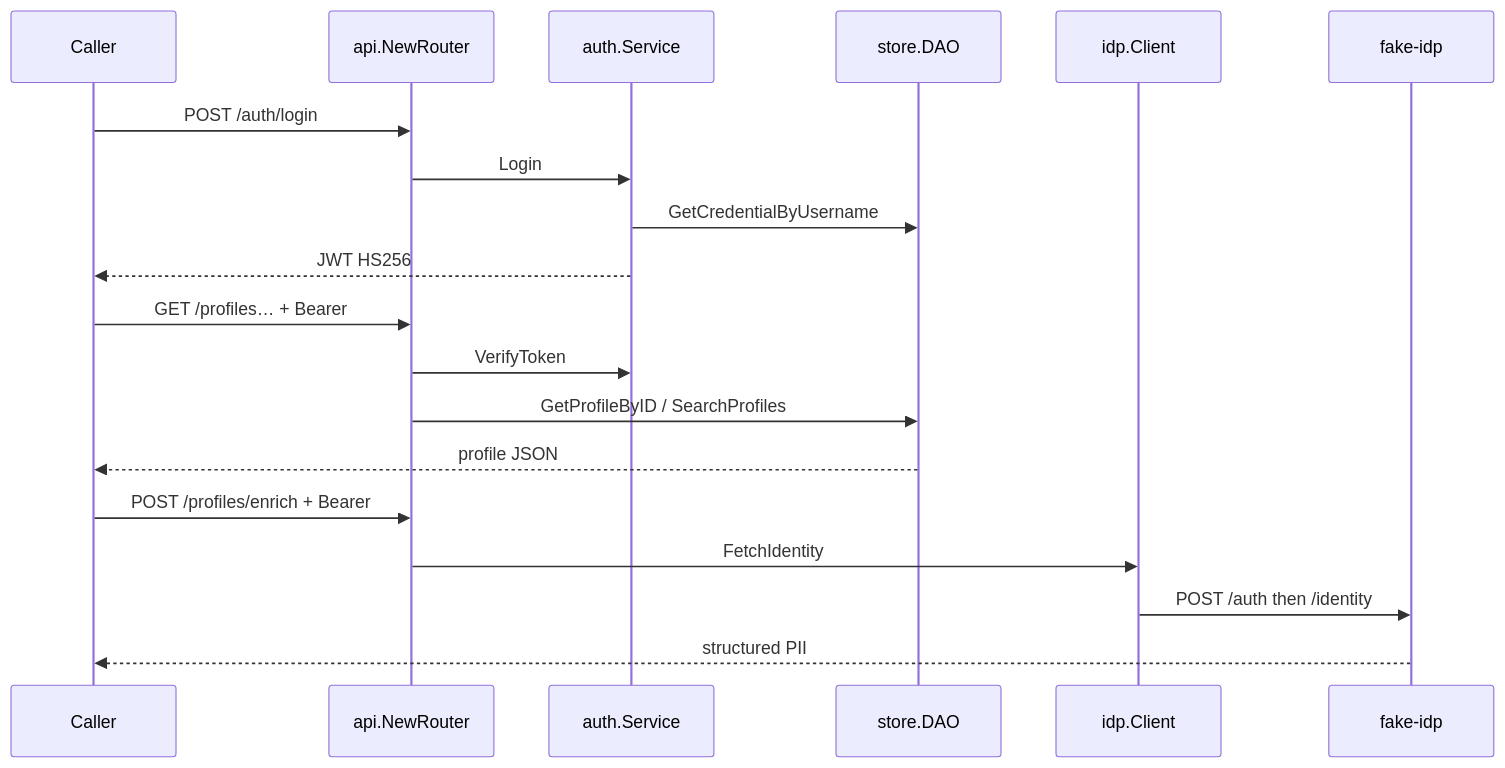
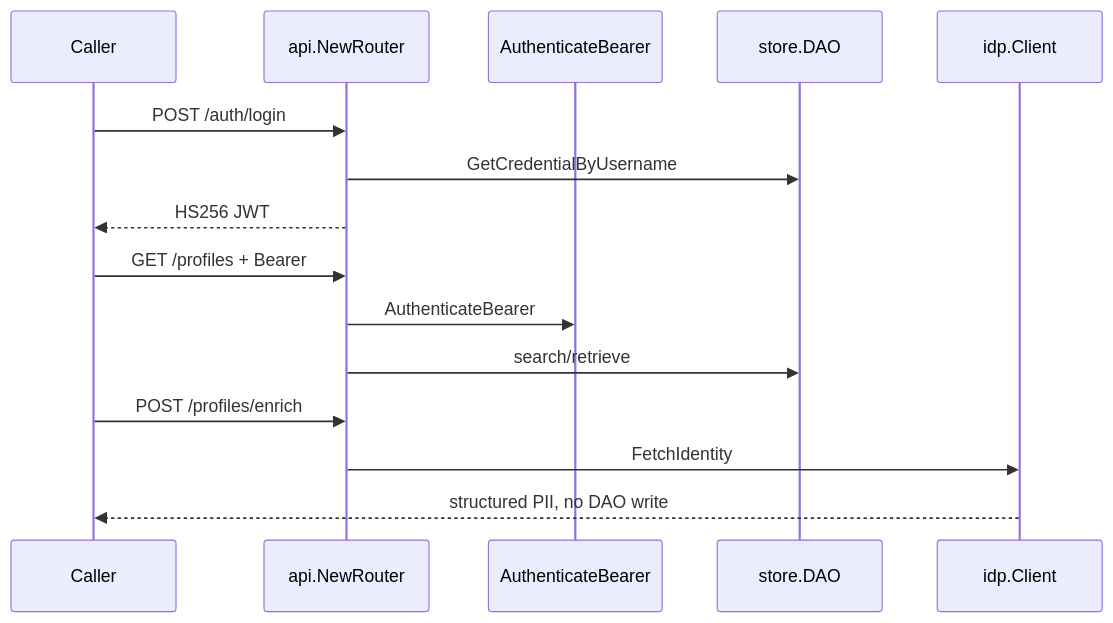
One commit to svanegmond/identity-oct-6 changed the diagram in project/demos/ENG-561-engineering-handoff.md. Above: the diagram before and after it, drawn with Mermaid. The commit also changed other lines of this file, not shown here.

````diff
--- a/project/demos/ENG-561-engineering-handoff.md
+++ b/project/demos/ENG-561-engineering-handoff.md
@@ -94,21 +130,17 @@
 ```mermaid
 sequenceDiagram
   participant C as Caller
   participant API as api.NewRouter
-  participant Auth as auth.Service
+  participant Auth as AuthenticateBearer
   participant DAO as store.DAO
   participant IdP as idp.Client
-  participant Fake as fake-idp
   C->>API: POST /auth/login
-  API->>Auth: Login
-  Auth->>DAO: GetCredentialByUsername
-  Auth-->>C: JWT HS256
-  C->>API: GET /profiles… + Bearer
-  API->>Auth: VerifyToken
-  API->>DAO: GetProfileByID / SearchProfiles
-  DAO-->>C: profile JSON
-  C->>API: POST /profiles/enrich + Bearer
+  API->>DAO: GetCredentialByUsername
+  API-->>C: HS256 JWT
+  C->>API: GET /profiles + Bearer
+  API->>Auth: AuthenticateBearer
+  API->>DAO: search/retrieve
+  C->>API: POST /profiles/enrich
   API->>IdP: FetchIdentity
-  IdP->>Fake: POST /auth then /identity
-  Fake-->>C: structured PII
+  IdP-->>C: structured PII, no DAO write
 ```
````
